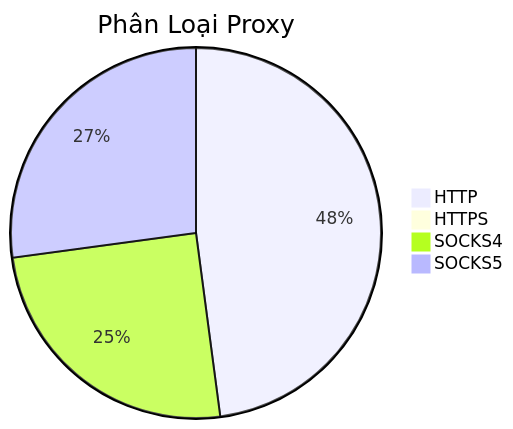
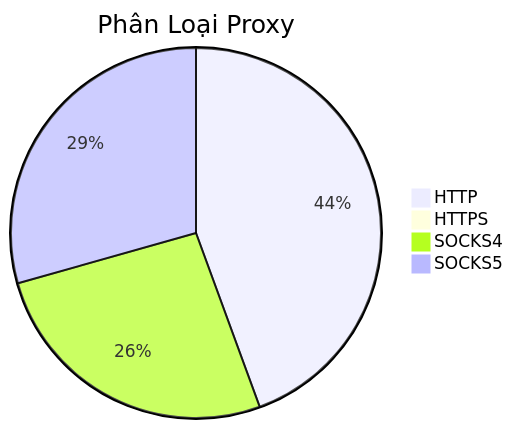
The diagram in README.md (Ciara-12/PROXY-free), drawn with Mermaid before and after one commit. The commit also changed other lines of this file and 4 other files, not shown here.

````diff
--- a/README.md
+++ b/README.md
@@ -26,7 +26,7 @@
 ```mermaid
 pie title Phân Loại Proxy
-    "HTTP" : 572
+    "HTTP" : 449
     "HTTPS" : 1
-    "SOCKS4" : 298
-    "SOCKS5" : 324
+    "SOCKS4" : 265
+    "SOCKS5" : 297
 ```
````
